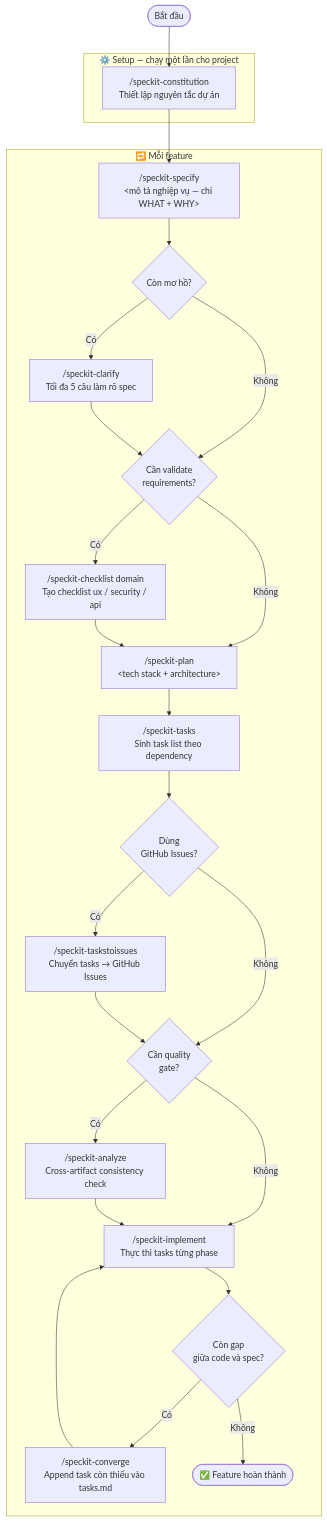
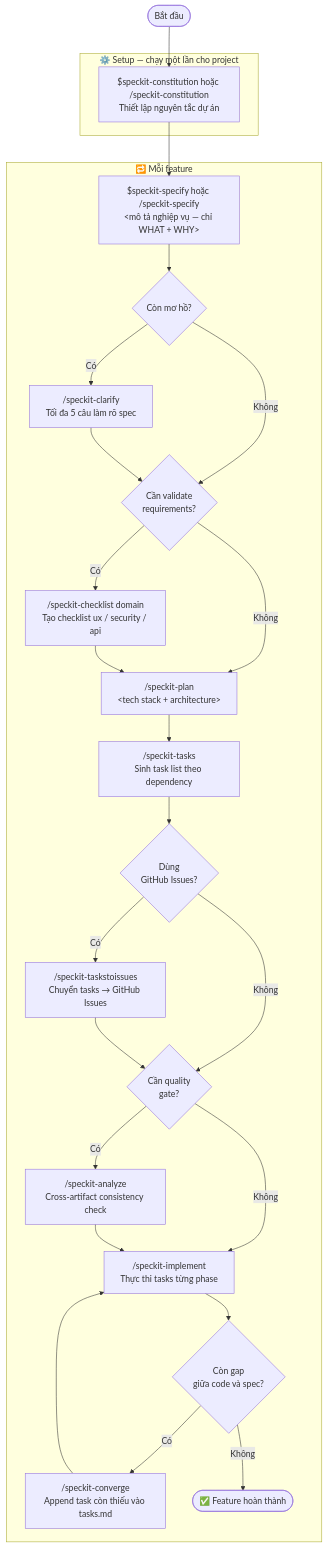
One commit to luyenhaidangit/flex-workstation changed the diagram in docs/speckit/workflow.md. Above: the diagram before and after it, drawn with Mermaid. The commit also changed other lines of this file and 2 other files, not shown here.

````diff
--- a/docs/speckit/workflow.md
+++ b/docs/speckit/workflow.md
@@ -7,66 +10,66 @@
 ```mermaid
 flowchart TD
     START(["Bắt đầu"])
 
     %% ── SETUP ──────────────────────────────────────
     subgraph SETUP ["⚙️  Setup — chạy một lần cho project"]
-        constitution["/speckit-constitution\nThiết lập nguyên tắc dự án"]
+        constitution["$speckit-constitution hoặc /speckit-constitution\nThiết lập nguyên tắc dự án"]
     end
 
     %% ── PER FEATURE ─────────────────────────────────
     subgraph FEATURE ["🔁  Mỗi feature"]
-        specify["/speckit-specify\n&lt;mô tả nghiệp vụ — chỉ WHAT + WHY&gt;"]
+        specify["$speckit-specify hoặc /speckit-specify\n&lt;mô tả nghiệp vụ — chỉ WHAT + WHY&gt;"]
 
         clarify_gate{Còn mơ hồ?}
         clarify["/speckit-clarify\nTối đa 5 câu làm rõ spec"]
 
         checklist_gate{Cần validate\nrequirements?}
         checklist["/speckit-checklist domain\nTạo checklist ux / security / api"]
 
         plan["/speckit-plan\n&lt;tech stack + architecture&gt;"]
 
         tasks["/speckit-tasks\nSinh task list theo dependency"]
 
         issues_gate{Dùng\nGitHub Issues?}
         taskstoissues["/speckit-taskstoissues\nChuyển tasks → GitHub Issues"]
 
         analyze_gate{Cần quality\ngate?}
         analyze["/speckit-analyze\nCross-artifact consistency check"]
 
         implement["/speckit-implement\nThực thi tasks từng phase"]
 
         gap_check{Còn gap\ngiữa code và spec?}
         converge["/speckit-converge\nAppend task còn thiếu vào tasks.md"]
 
         done(["✅ Feature hoàn thành"])
     end
 
     %% ── EDGES ───────────────────────────────────────
     START --> constitution
     constitution --> specify
 
     specify --> clarify_gate
     clarify_gate -->|Có| clarify
     clarify_gate -->|Không| checklist_gate
     clarify --> checklist_gate
 
     checklist_gate -->|Có| checklist
     checklist_gate -->|Không| plan
     checklist --> plan
 
     plan --> tasks
 
     tasks --> issues_gate
     issues_gate -->|Có| taskstoissues
     issues_gate -->|Không| analyze_gate
     taskstoissues --> analyze_gate
 
     analyze_gate -->|Có| analyze
     analyze_gate -->|Không| implement
     analyze --> implement
 
     implement --> gap_check
     gap_check -->|Có| converge
     gap_check -->|Không| done
     converge --> implement
 ```
````
